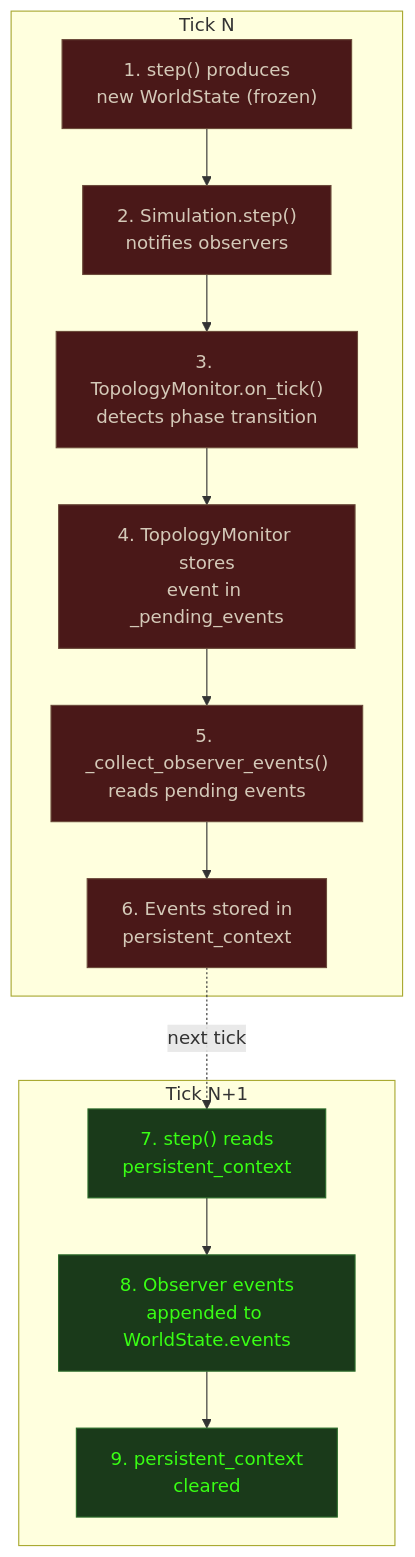
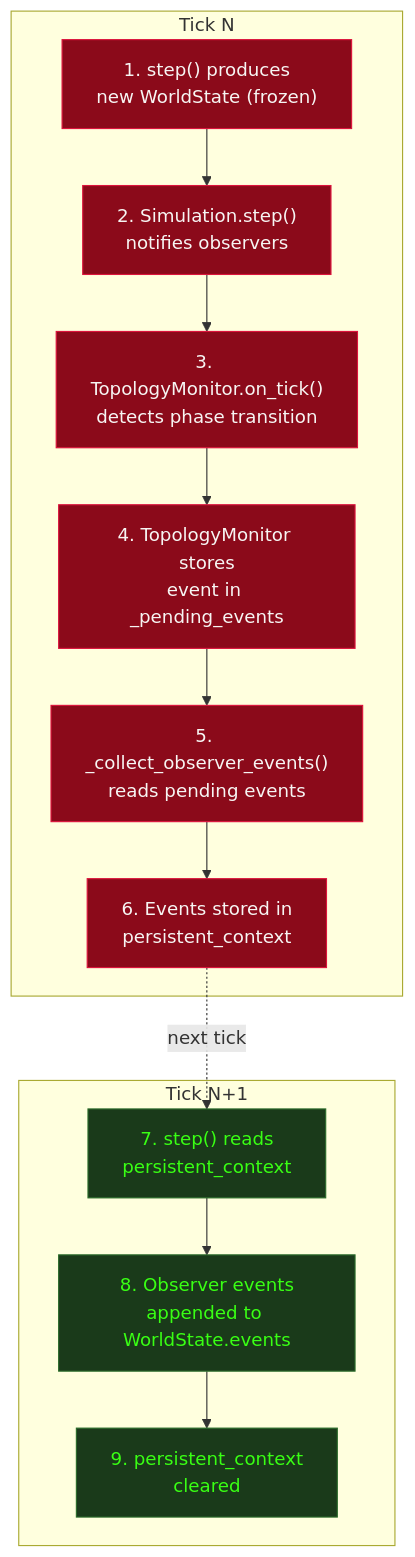
One commit to percy-raskova/babylon changed the third of 3 diagrams in docs/concepts/event-system.rst. Above: the diagram before and after it, drawn with Mermaid. The commit also changed other lines of this file and 7 other files, not shown here.

First line of the commit message:
style(docs): replace Necropolis Codex theme with Luxe Gothic palette

```diff
--- a/docs/concepts/event-system.rst
+++ b/docs/concepts/event-system.rst
@@ -186,28 +186,28 @@
 .. mermaid::
 
    flowchart TB
        subgraph tickN["Tick N"]
            N1["1. step() produces<br/>new WorldState (frozen)"]
            N2["2. Simulation.step()<br/>notifies observers"]
            N3["3. TopologyMonitor.on_tick()<br/>detects phase transition"]
            N4["4. TopologyMonitor stores<br/>event in _pending_events"]
            N5["5. _collect_observer_events()<br/>reads pending events"]
            N6["6. Events stored in<br/>persistent_context"]
        end
 
        subgraph tickN1["Tick N+1"]
            N7["7. step() reads<br/>persistent_context"]
            N8["8. Observer events<br/>appended to WorldState.events"]
            N9["9. persistent_context<br/>cleared"]
        end
 
        N1 --> N2 --> N3 --> N4 --> N5 --> N6
        N6 -.->|"next tick"| N7
        N7 --> N8 --> N9
 
-   %% Necropolis Codex styling
-   classDef tickN fill:#4A1818,stroke:#6B4A3A,color:#D4C9B8
+   %% Luxe Gothic styling
+   classDef tickN fill:#8B0A1A,stroke:#DC143C,color:#F7F5F3
    classDef tickN1 fill:#1A3A1A,stroke:#2A6B2A,color:#39FF14
 
    class N1,N2,N3,N4,N5,N6 tickN
    class N7,N8,N9 tickN1
```
